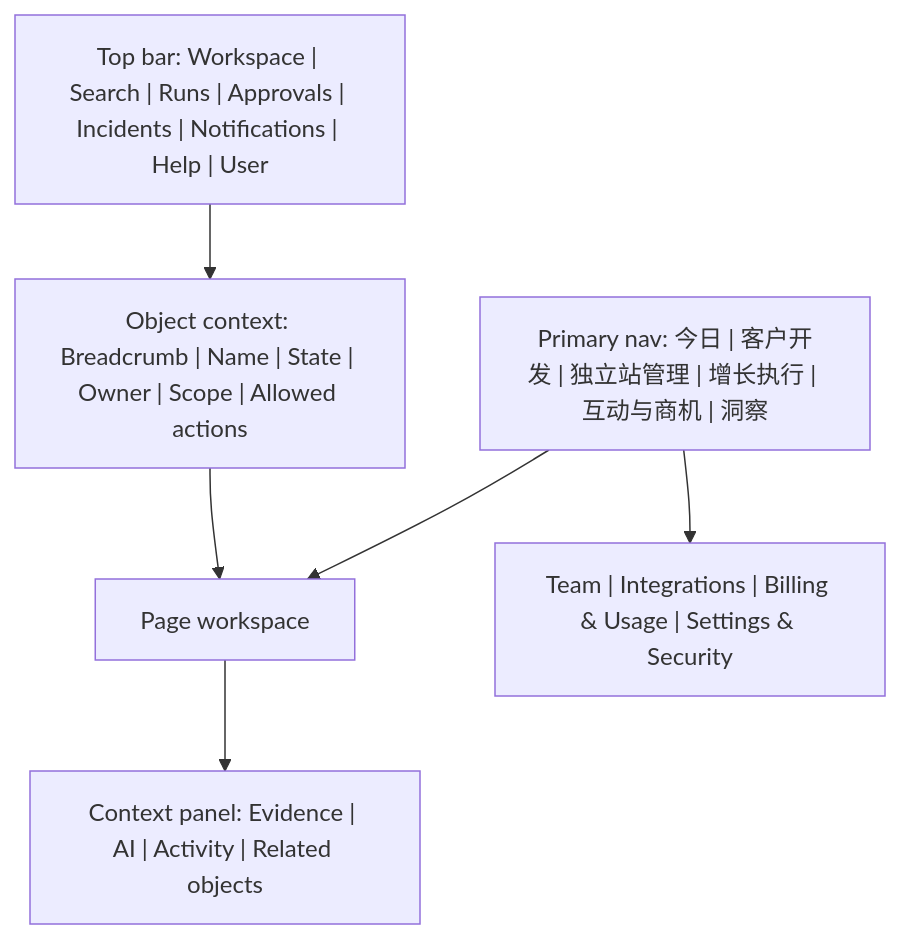
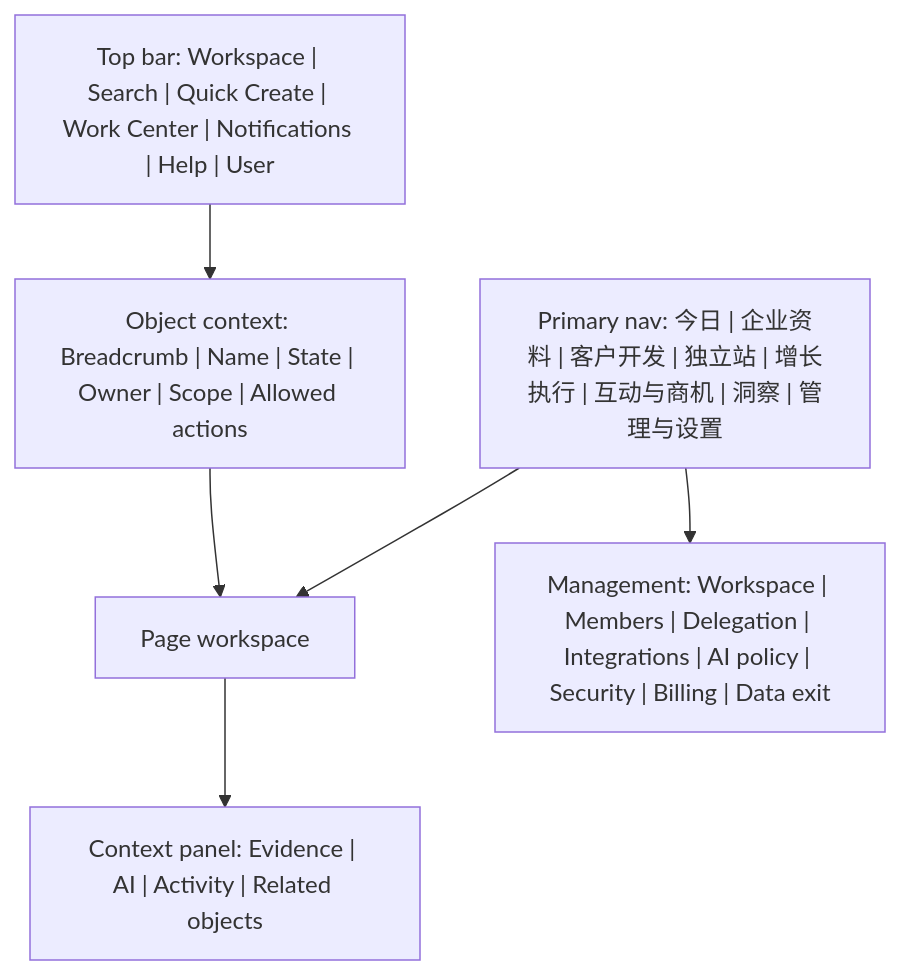
One commit to mlhjyx/global-backend changed the diagram in docs/frontend/05-navigation-and-workspace-shell.md. Above: the diagram before and after it, drawn with Mermaid. The commit also changed other lines of this file and 13 other files, not shown here.

First line of the commit message:
docs(frontend): sync approved navigation architecture to Figma

````diff
--- a/docs/frontend/05-navigation-and-workspace-shell.md
+++ b/docs/frontend/05-navigation-and-workspace-shell.md
@@ -12,14 +12,14 @@
 ```mermaid
 flowchart TB
-  TOP["Top bar: Workspace | Search | Runs | Approvals | Incidents | Notifications | Help | User"]
-  NAV["Primary nav: 今日 | 客户开发 | 独立站管理 | 增长执行 | 互动与商机 | 洞察"]
+  TOP["Top bar: Workspace | Search | Quick Create | Work Center | Notifications | Help | User"]
+  NAV["Primary nav: 今日 | 企业资料 | 客户开发 | 独立站 | 增长执行 | 互动与商机 | 洞察 | 管理与设置"]
   CTX["Object context: Breadcrumb | Name | State | Owner | Scope | Allowed actions"]
   MAIN["Page workspace"]
   SIDE["Context panel: Evidence | AI | Activity | Related objects"]
-  ADMIN["Team | Integrations | Billing & Usage | Settings & Security"]
+  ADMIN["Management: Workspace | Members | Delegation | Integrations | AI policy | Security | Billing | Data exit"]
   TOP --> CTX
   NAV --> MAIN
   CTX --> MAIN
   MAIN --> SIDE
   NAV --> ADMIN
 ```
````
